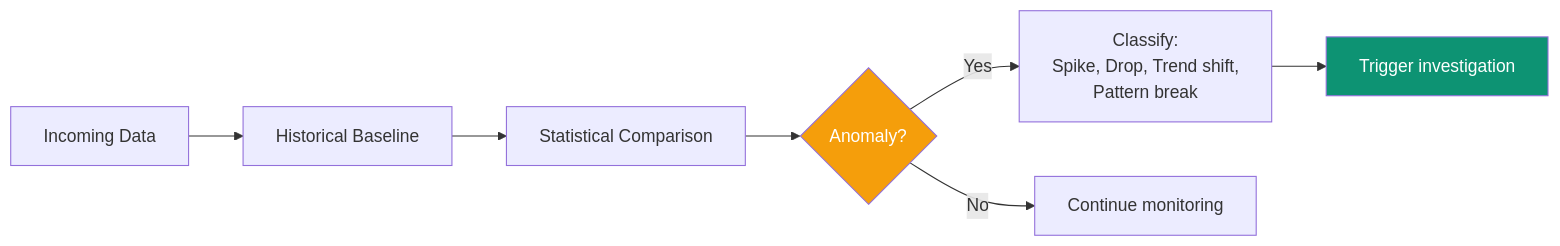
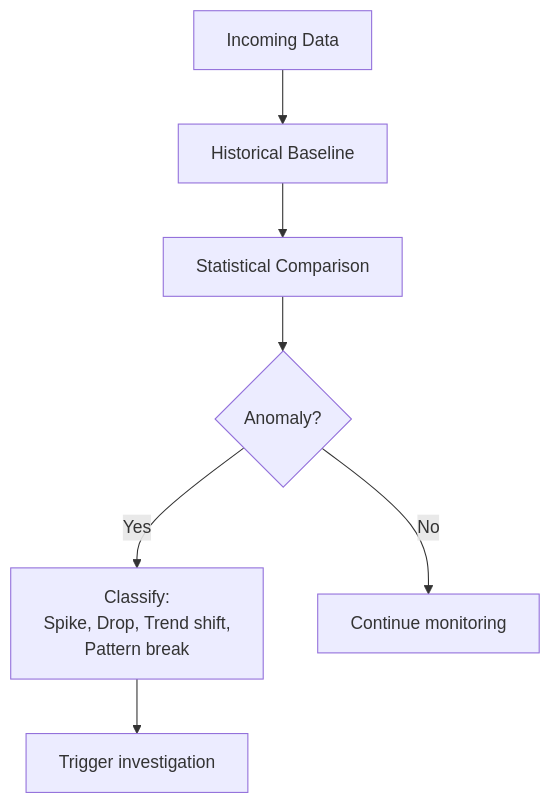
The second of 7 diagrams in ip/automated-analyst.mdx (ashishsuperatom/tech-docs), drawn with Mermaid before and after one commit. The commit also changed other lines of this file and 37 other files, not shown here.

First line of the commit message:
Clean up docs: remove em-dashes, fix mermaid diagrams, remove emojis

````diff
--- a/ip/automated-analyst.mdx
+++ b/ip/automated-analyst.mdx
@@ -64,14 +62,12 @@
 ```mermaid
-flowchart LR
+flowchart TD
     DATA["Incoming Data"] --> BASELINE["Historical Baseline"]
     BASELINE --> COMPARE["Statistical Comparison"]
     COMPARE --> ANOMALY{"Anomaly?"}
 
     ANOMALY -->|Yes| CLASSIFY["Classify:<br>Spike, Drop, Trend shift,<br>Pattern break"]
     ANOMALY -->|No| CONTINUE["Continue monitoring"]
 
     CLASSIFY --> INVESTIGATE["Trigger investigation"]
 
-    style ANOMALY fill:#f59e0b,color:#fff
-    style INVESTIGATE fill:#0D9373,color:#fff
 ```
````
